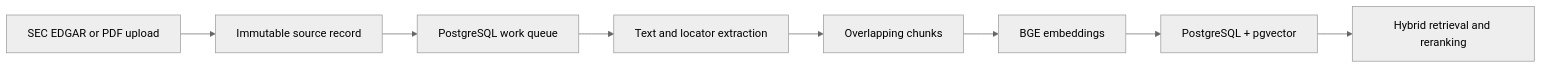
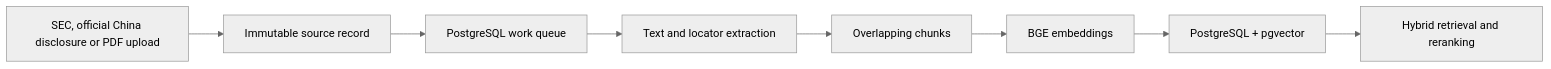
The second of 2 diagrams in docs/RESEARCH_COPILOT.md (thisiscatcode/aistockcn), drawn with Mermaid (neutral theme) before and after one commit. The commit also changed other lines of this file and 66 other files, not shown here.

````diff
--- a/docs/RESEARCH_COPILOT.md
+++ b/docs/RESEARCH_COPILOT.md
@@ -100,10 +108,10 @@
 ```mermaid
 flowchart LR
-    S["SEC EDGAR or PDF upload"] --> D["Immutable source record"]
+    S["SEC, official China disclosure or PDF upload"] --> D["Immutable source record"]
     D --> Q["PostgreSQL work queue"]
     Q --> E["Text and locator extraction"]
     E --> C["Overlapping chunks"]
     C --> B["BGE embeddings"]
     B --> P["PostgreSQL + pgvector"]
     P --> R["Hybrid retrieval and reranking"]
 ```
````
